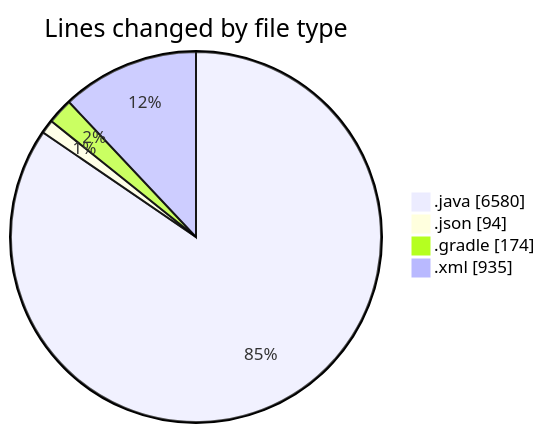
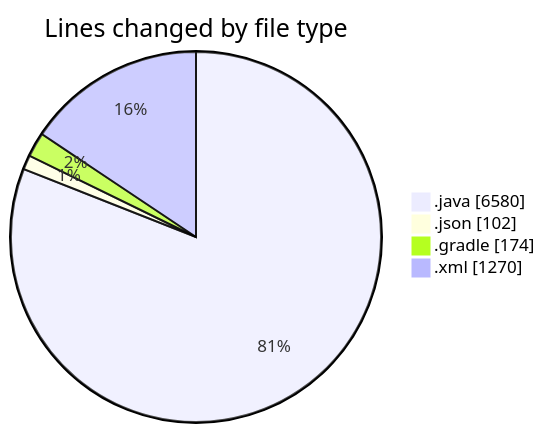
Before and after one commit to charlie-sans/code-tracking: the first of 2 diagrams in 2025-02-22/micros/README.md, drawn with Mermaid. The commit also changed other lines of this file and 1 other file, not shown here.

````diff
--- a/2025-02-22/micros/README.md
+++ b/2025-02-22/micros/README.md
@@ -63,8 +64,8 @@
 ```mermaid
 pie showData
 title Lines changed by file type
 ".java" : 6580
-".json" : 94
+".json" : 102
 ".gradle" : 174
-".xml" : 935
+".xml" : 1270
 ```
````
